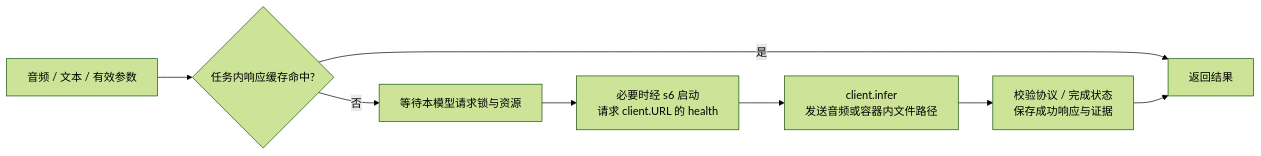
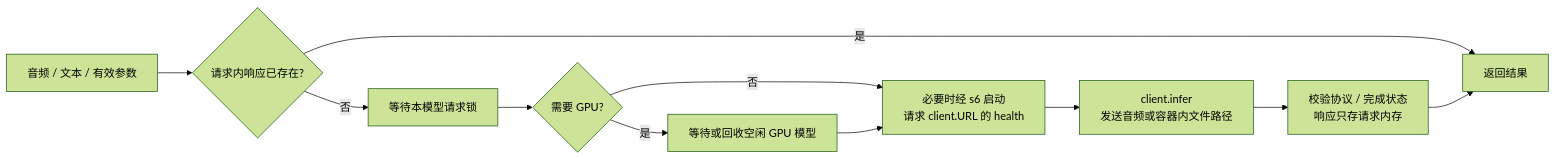
One commit to curoky/codespace changed the fifth of 5 diagrams in platform/container/services/asr/DESIGN.md. Above: the diagram before and after it, drawn with Mermaid (forest theme). The commit also changed other lines of this file and 65 other files, not shown here.

````diff
--- a/platform/container/services/asr/DESIGN.md
+++ b/platform/container/services/asr/DESIGN.md
@@ -197,10 +202,13 @@
 ```mermaid
 flowchart LR
-    R[音频 / 文本 / 有效参数] --> C{任务内响应缓存命中?}
+    R[音频 / 文本 / 有效参数] --> C{请求内响应已存在?}
     C -->|是| O[返回结果]
-    C -->|否| A[等待本模型请求锁与资源]
+    C -->|否| L[等待本模型请求锁]
+    L --> G{需要 GPU?}
+    G -->|是| A[等待或回收空闲 GPU 模型]
+    G -->|否| S
     A --> S[必要时经 s6 启动<br/>请求 client.URL 的 health]
     S --> I[client.infer<br/>发送音频或容器内文件路径]
-    I --> V[校验协议 / 完成状态<br/>保存成功响应与证据]
+    I --> V[校验协议 / 完成状态<br/>响应只存请求内存]
     V --> O
 ```
````
